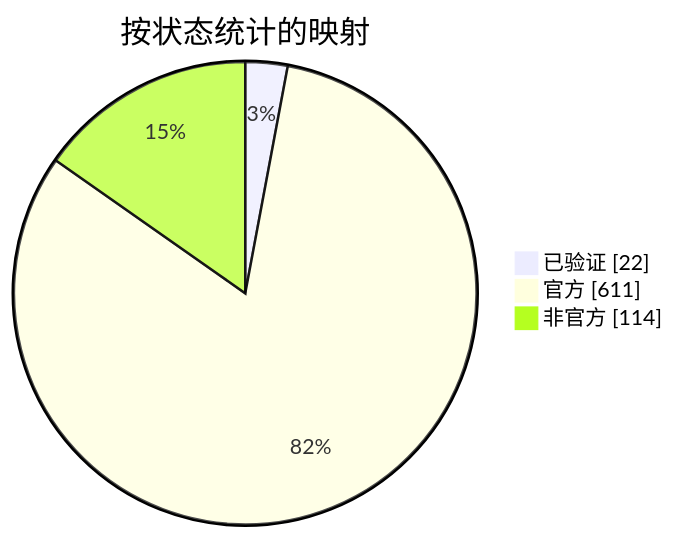
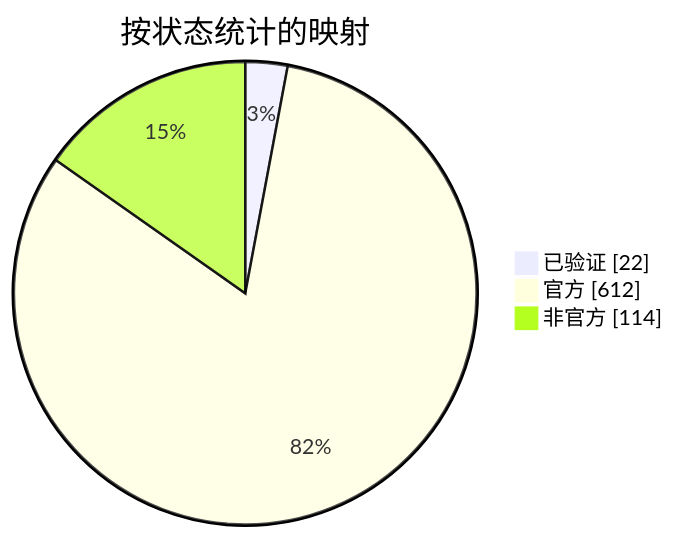
One commit to nobrega8/mbmap-library changed the diagram in docs/readme/README_ZHS.md. Above: the diagram before and after it, drawn with Mermaid. The commit also changed 6 other files, not shown here.

````diff
--- a/docs/readme/README_ZHS.md
+++ b/docs/readme/README_ZHS.md
@@ -54,7 +54,7 @@
 ```mermaid
 pie showData
     title 按状态统计的映射
     "已验证" : 22
-    "官方" : 611
+    "官方" : 612
     "非官方" : 114
 ```
````
